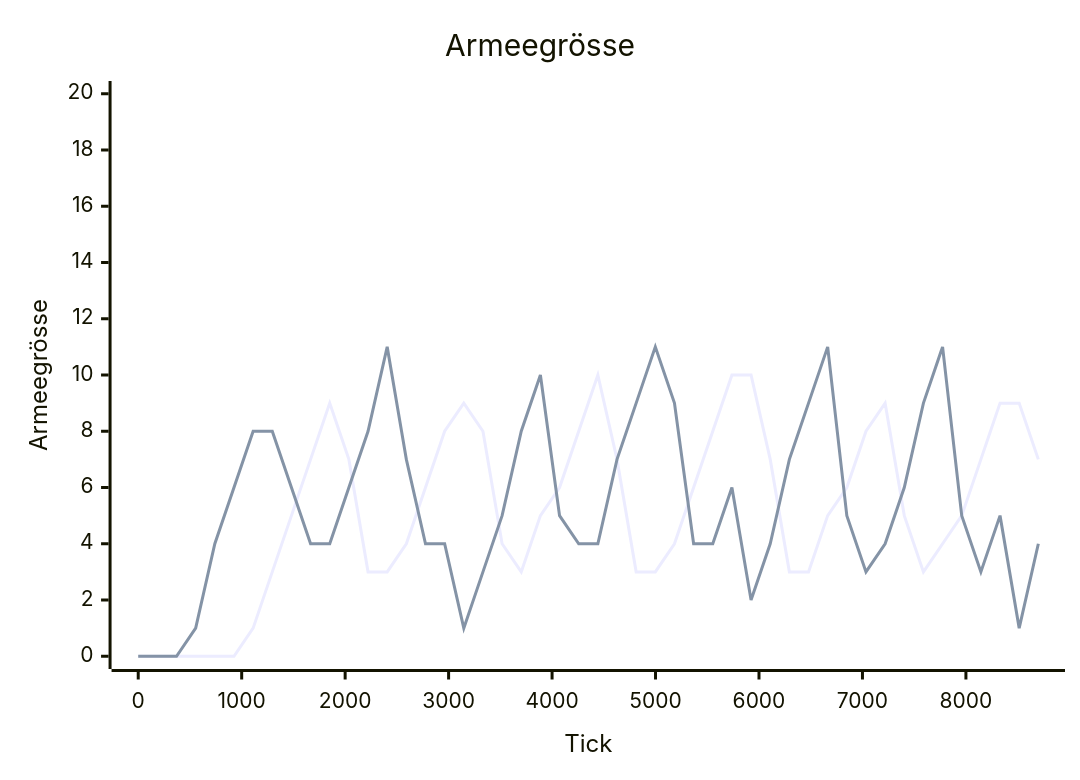
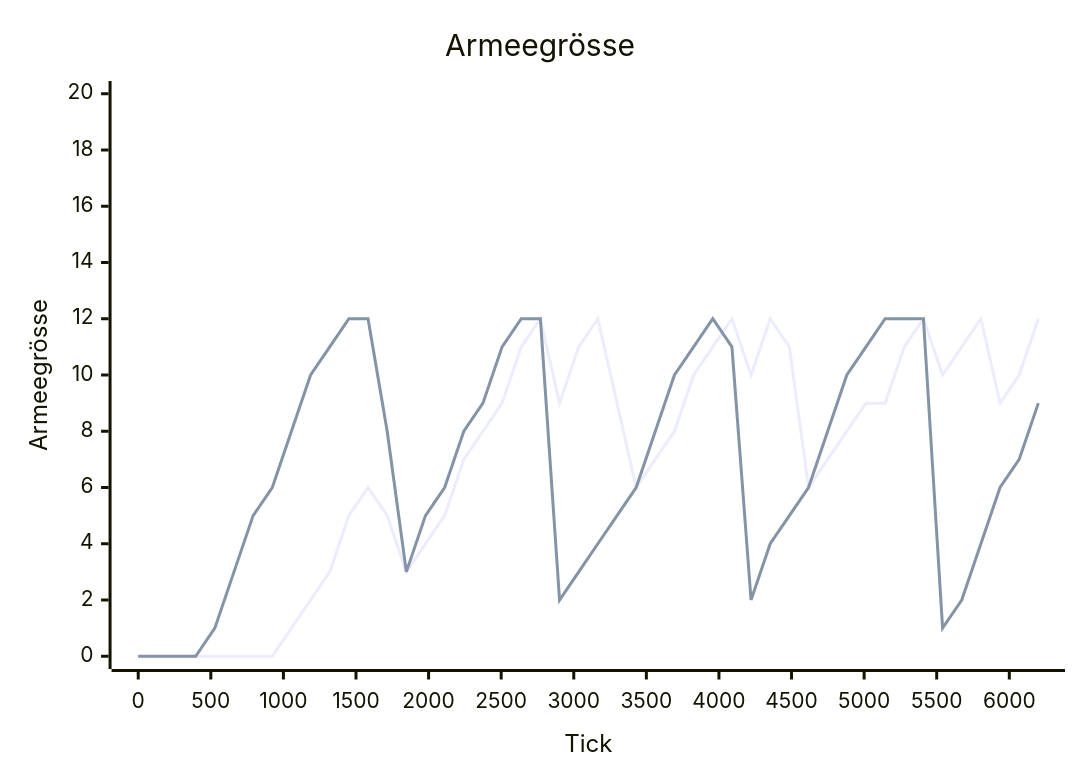
The second of 4 diagrams in tools/Nova.AiLab/reports/latest.md (arn-c0de/Project_Nova), drawn with Mermaid before and after one commit. The commit also changed other lines of this file and 134 other files, not shown here.

````diff
--- a/tools/Nova.AiLab/reports/latest.md
+++ b/tools/Nova.AiLab/reports/latest.md
@@ -60,8 +60,8 @@
 ```mermaid
 xychart-beta
     title "Armeegrösse"
-    x-axis "Tick" 0 --> 8700
+    x-axis "Tick" 0 --> 6200
     y-axis "Armeegrösse" 0 --> 20
-    line [0, 0, 0, 0, 0, 0, 1, 3, 5, 7, 9, 7, 3, 3, 4, 6, 8, 9, 8, 4, 3, 5, 6, 8, 10, 7, 3, 3, 4, 6, 8, 10, 10, 7, 3, 3, 5, 6, 8, 9, 5, 3, 4, 5, 7, 9, 9, 7]
-    line [0, 0, 0, 1, 4, 6, 8, 8, 6, 4, 4, 6, 8, 11, 7, 4, 4, 1, 3, 5, 8, 10, 5, 4, 4, 7, 9, 11, 9, 4, 4, 6, 2, 4, 7, 9, 11, 5, 3, 4, 6, 9, 11, 5, 3, 5, 1, 4]
+    line [0, 0, 0, 0, 0, 0, 0, 0, 1, 2, 3, 5, 6, 5, 3, 4, 5, 7, 8, 9, 11, 12, 9, 11, 12, 9, 6, 7, 8, 10, 11, 12, 10, 12, 11, 6, 7, 8, 9, 9, 11, 12, 10, 11, 12, 9, 10, 12]
+    line [0, 0, 0, 0, 1, 3, 5, 6, 8, 10, 11, 12, 12, 8, 3, 5, 6, 8, 9, 11, 12, 12, 2, 3, 4, 5, 6, 8, 10, 11, 12, 11, 2, 4, 5, 6, 8, 10, 11, 12, 12, 12, 1, 2, 4, 6, 7, 9]
 ```
````
